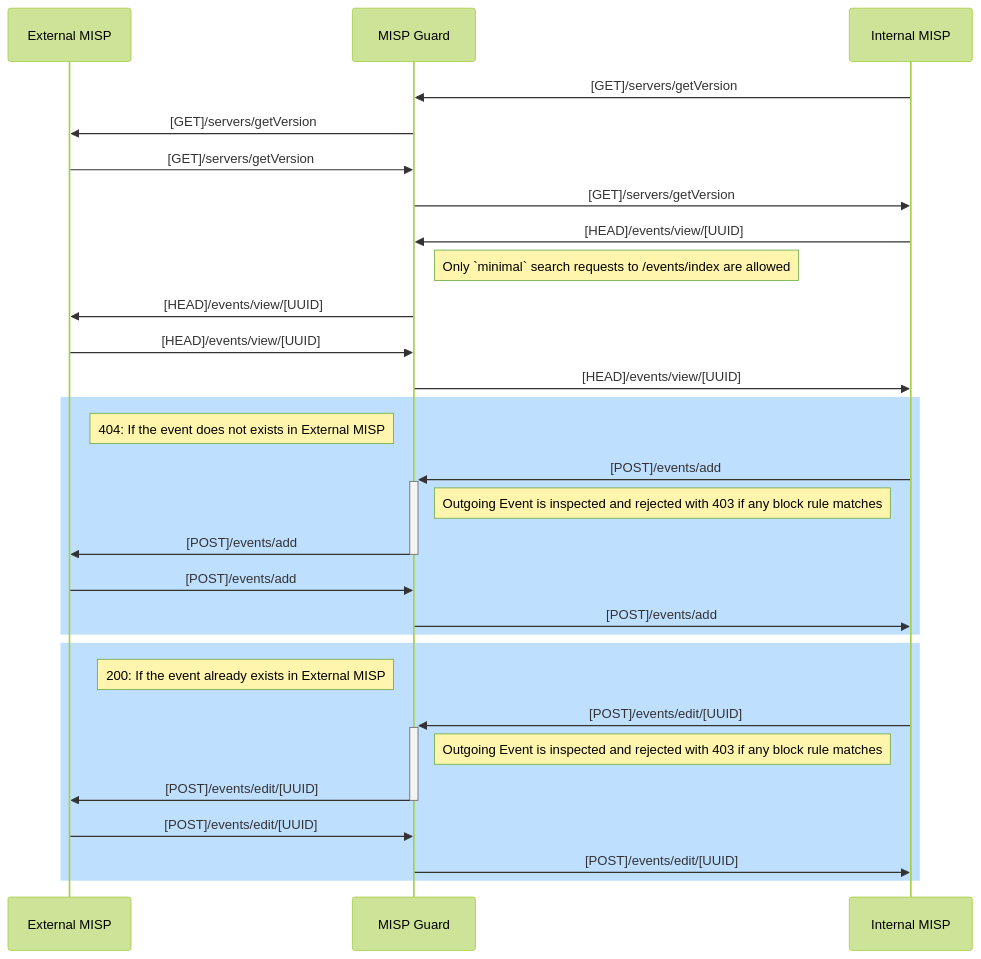
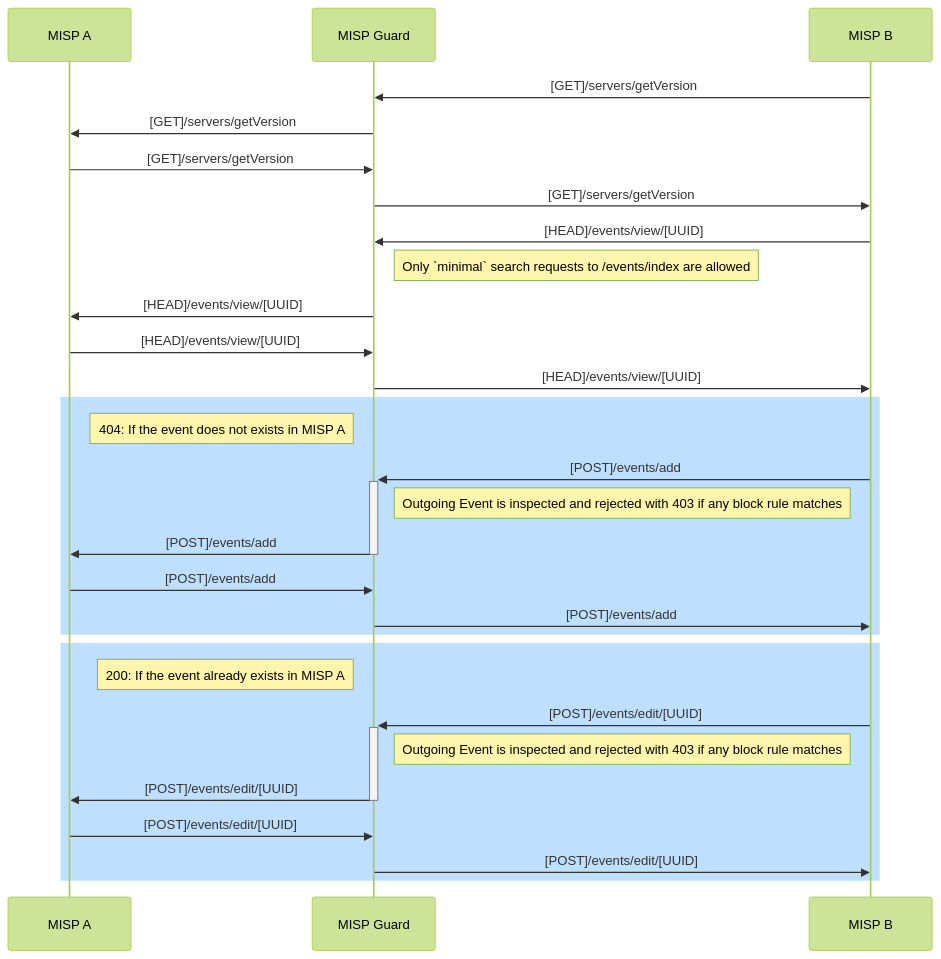
Before and after one commit to MISP/misp-guard: the first of 2 diagrams in README.md, drawn with Mermaid (forest theme). The commit also changed other lines of this file and 12 other files, not shown here.

````diff
--- a/README.md
+++ b/README.md
@@ -7,35 +7,35 @@
 ```mermaid
 sequenceDiagram
-    participant External MISP
+    participant MISP A 
     participant MISP Guard
-    participant Internal MISP
+    participant MISP B
 
-    Internal MISP->>MISP Guard: [GET]/servers/getVersion
-    MISP Guard->>External MISP: [GET]/servers/getVersion
-    External MISP->>MISP Guard: [GET]/servers/getVersion
-    MISP Guard->>Internal MISP: [GET]/servers/getVersion
+    MISP B->>MISP Guard: [GET]/servers/getVersion
+    MISP Guard->>MISP A: [GET]/servers/getVersion
+    MISP A->>MISP Guard: [GET]/servers/getVersion
+    MISP Guard->>MISP B: [GET]/servers/getVersion
     
-    Internal MISP->>MISP Guard: [HEAD]/events/view/[UUID]
+    MISP B->>MISP Guard: [HEAD]/events/view/[UUID]
     note right of MISP Guard: Only `minimal` search requests to /events/index are allowed
-    MISP Guard->>External MISP: [HEAD]/events/view/[UUID]
-    External MISP->>MISP Guard: [HEAD]/events/view/[UUID]
-    MISP Guard->>Internal MISP: [HEAD]/events/view/[UUID]
+    MISP Guard->>MISP A: [HEAD]/events/view/[UUID]
+    MISP A->>MISP Guard: [HEAD]/events/view/[UUID]
+    MISP Guard->>MISP B: [HEAD]/events/view/[UUID]
     
     rect rgb(191, 223, 255)
-    note left of MISP Guard: 404: If the event does not exists in External MISP
-    Internal MISP->>+MISP Guard: [POST]/events/add
+    note left of MISP Guard: 404: If the event does not exists in MISP A
+    MISP B->>+MISP Guard: [POST]/events/add
     note right of MISP Guard: Outgoing Event is inspected and rejected with 403 if any block rule matches
-    MISP Guard->>-External MISP: [POST]/events/add
-    External MISP->>MISP Guard: [POST]/events/add
-    MISP Guard->>Internal MISP: [POST]/events/add
+    MISP Guard->>-MISP A: [POST]/events/add
+    MISP A->>MISP Guard: [POST]/events/add
+    MISP Guard->>MISP B: [POST]/events/add
     end
 
     rect rgb(191, 223, 255)
-    note left of MISP Guard: 200: If the event already exists in External MISP
-    Internal MISP->>+MISP Guard: [POST]/events/edit/[UUID]
+    note left of MISP Guard: 200: If the event already exists in MISP A
+    MISP B->>+MISP Guard: [POST]/events/edit/[UUID]
     note right of MISP Guard: Outgoing Event is inspected and rejected with 403 if any block rule matches
-    MISP Guard->>-External MISP: [POST]/events/edit/[UUID]
-    External MISP->>MISP Guard: [POST]/events/edit/[UUID]
-    MISP Guard->>Internal MISP: [POST]/events/edit/[UUID]
+    MISP Guard->>-MISP A: [POST]/events/edit/[UUID]
+    MISP A->>MISP Guard: [POST]/events/edit/[UUID]
+    MISP Guard->>MISP B: [POST]/events/edit/[UUID]
     end
 ```
````
